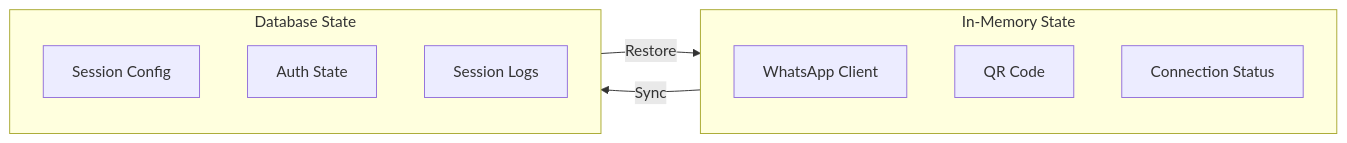
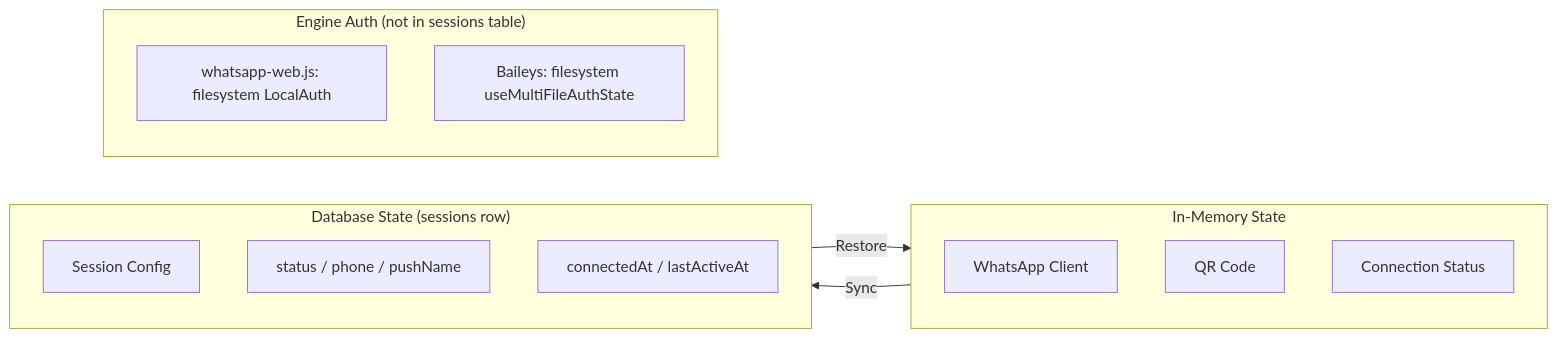
Before and after one commit to Carnaval-Team/VentIQ-seller-App: the fourth of 5 diagrams in ventiq_admin_app/docs_wapi/05-database-design.md, drawn with Mermaid. The commit also changed other lines of this file and 39 other files, not shown here.

````diff
--- a/ventiq_admin_app/docs_wapi/05-database-design.md
+++ b/ventiq_admin_app/docs_wapi/05-database-design.md
@@ -850,17 +753,22 @@
 ```mermaid
 flowchart LR
     subgraph Memory["In-Memory State"]
         WA[WhatsApp Client]
         QR[QR Code]
         CONN[Connection Status]
     end
 
-    subgraph Persistent["Database State"]
+    subgraph Persistent["Database State (sessions row)"]
         CONFIG[Session Config]
-        AUTH[Auth State]
-        LOGS[Session Logs]
+        META[status / phone / pushName]
+        TS[connectedAt / lastActiveAt]
+    end
+
+    subgraph FS["Engine Auth (not in sessions table)"]
+        FSAUTH[whatsapp-web.js: filesystem LocalAuth]
+        BAUTH[Baileys: filesystem useMultiFileAuthState]
     end
 
     Memory -->|Sync| Persistent
     Persistent -->|Restore| Memory
 ```
````
